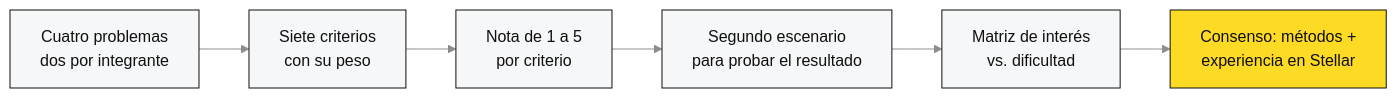
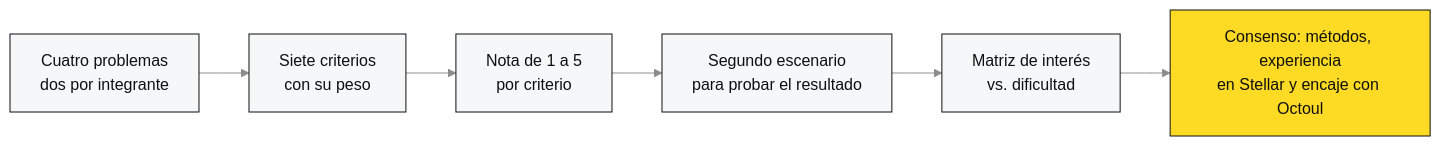
Before and after one commit to blockstars-labs/BB101: the third of 4 diagrams in docs/semana1/ProblemBrief.md, drawn with Mermaid. The commit also changed other lines of this file, not shown here.

First line of the commit message:
docs(week1): add strategic fit with Octoul as a selection criterion

````diff
--- a/docs/semana1/ProblemBrief.md
+++ b/docs/semana1/ProblemBrief.md
@@ -89,11 +90,11 @@
 ```mermaid
 %%{init: {"theme": "base", "themeVariables": {"fontFamily": "Inter, Helvetica, Arial, sans-serif", "primaryColor": "#F6F7F8", "primaryBorderColor": "#0F0F0F", "primaryTextColor": "#0F0F0F", "lineColor": "#8C8C8C"}}}%%
 flowchart LR
     A["Cuatro problemas<br/>dos por integrante"] --> B["Siete criterios<br/>con su peso"]
     B --> C["Nota de 1 a 5<br/>por criterio"]
     C --> D["Segundo escenario<br/>para probar el resultado"]
     D --> E["Matriz de interés<br/>vs. dificultad"]
-    E --> F["Consenso: métodos +<br/>experiencia en Stellar"]
+    E --> F["Consenso: métodos, experiencia<br/>en Stellar y encaje con Octoul"]
     classDef win fill:#FDDA24,stroke:#0F0F0F,color:#0F0F0F
     class F win
 ```
````
